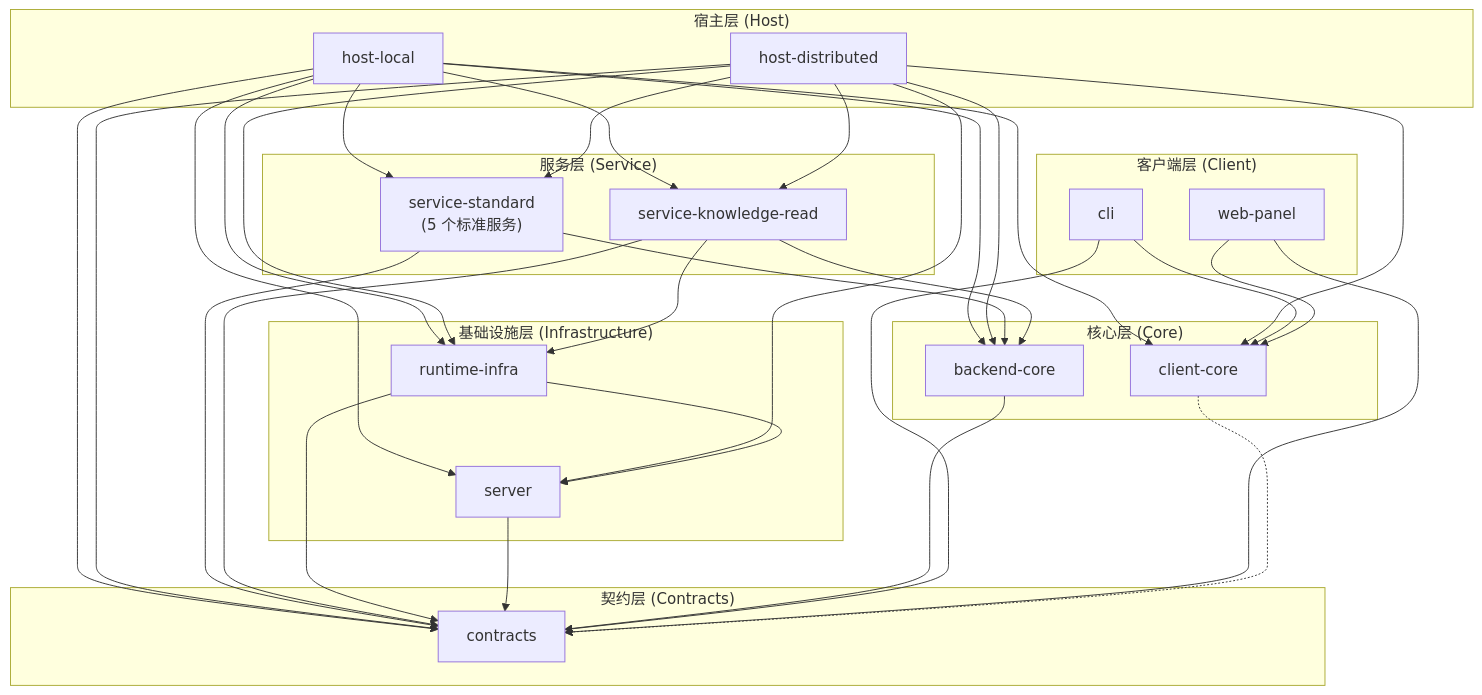
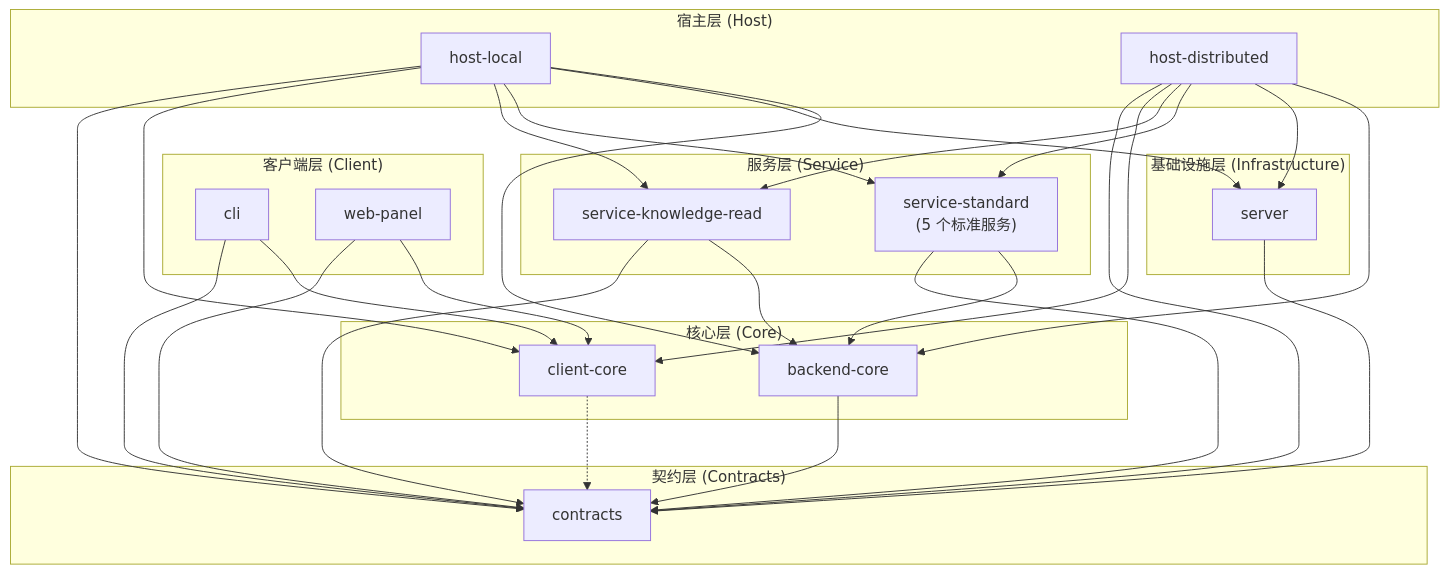
The diagram in docs/architecture/BOUNDARIES.md (pofossette/TrapMap-for-vibing), drawn with Mermaid before and after one commit. The commit also changed other lines of this file and 94 other files, not shown here.

First line of the commit message:
refactor: remove runtime-infra package, label runners, and artifacts model; consolidate shared infra

````diff
--- a/docs/architecture/BOUNDARIES.md
+++ b/docs/architecture/BOUNDARIES.md
@@ -34,69 +33,61 @@
 ```mermaid
 flowchart TB
     subgraph 宿主层["宿主层 (Host)"]
         host-local["host-local"]
         host-distributed["host-distributed"]
     end
 
     subgraph 客户端层["客户端层 (Client)"]
         cli["cli"]
         web-panel["web-panel"]
     end
 
     subgraph 服务层["服务层 (Service)"]
         service-standard["service-standard<br/>(5 个标准服务)"]
         service-knowledge-read["service-knowledge-read"]
     end
 
     subgraph 基础设施层["基础设施层 (Infrastructure)"]
         server["server"]
-        runtime-infra["runtime-infra"]
     end
 
     subgraph 核心层["核心层 (Core)"]
         backend-core["backend-core"]
         client-core["client-core"]
     end
 
     subgraph 契约层["契约层 (Contracts)"]
         contracts["contracts"]
     end
 
     host-local --> backend-core
     host-local --> server
-    host-local --> runtime-infra
     host-local --> service-standard
     host-local --> service-knowledge-read
     host-local --> client-core
     host-local --> contracts
 
     host-distributed --> backend-core
     host-distributed --> server
-    host-distributed --> runtime-infra
     host-distributed --> service-standard
     host-distributed --> service-knowledge-read
     host-distributed --> client-core
     host-distributed --> contracts
 
     service-standard --> backend-core
     service-standard --> contracts
 
     service-knowledge-read --> backend-core
     service-knowledge-read --> contracts
-    service-knowledge-read --> runtime-infra
-
-    runtime-infra --> server
-    runtime-infra --> contracts
-
     server --> contracts
 
     backend-core --> contracts
 
     cli --> client-core
     cli --> contracts
 
     web-panel --> client-core
     web-panel --> contracts
 
     client-core -.-> contracts
 ```
````
